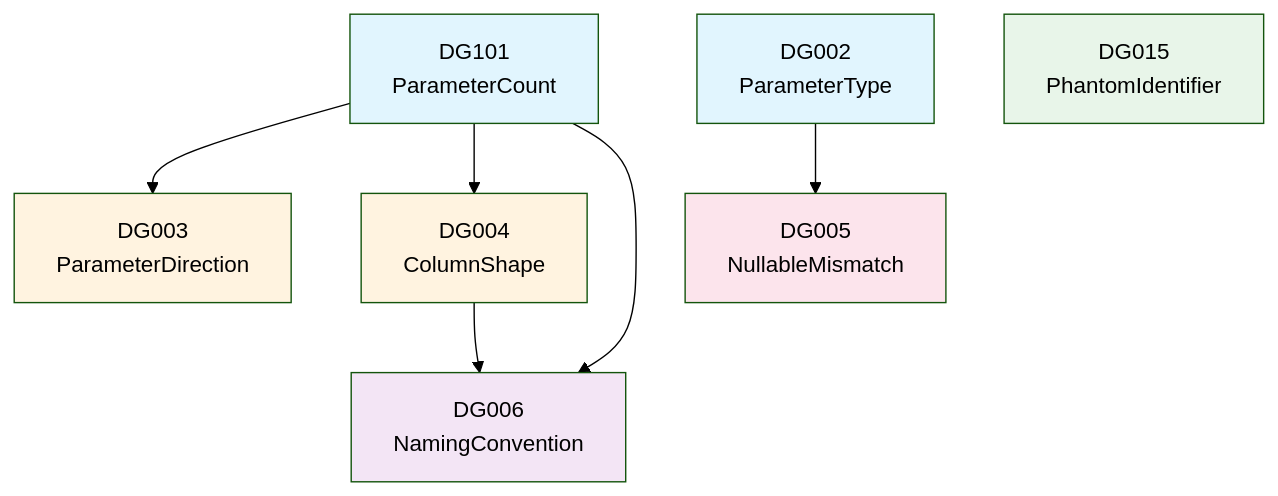
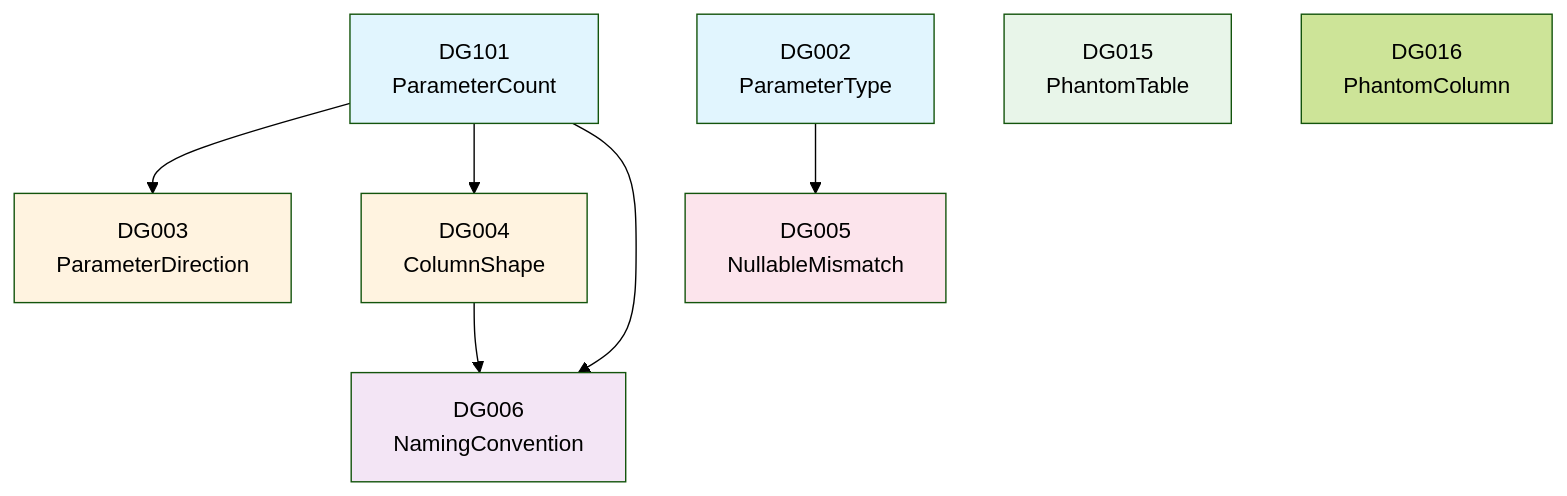
One commit to thanhnt-sm/eco_support_net_oracle changed the third of 3 diagrams in docs/03-components/core/rules-engine.vi.md. Above: the diagram before and after it, drawn with Mermaid (forest theme). The commit also changed other lines of this file and 408 other files, not shown here.

````diff
--- a/docs/03-components/core/rules-engine.vi.md
+++ b/docs/03-components/core/rules-engine.vi.md
@@ -173,17 +188,18 @@
 ```mermaid
 graph TD
     DG101[DG101<br/>ParameterCount] --> DG003[DG003<br/>ParameterDirection]
     DG101 --> DG004[DG004<br/>ColumnShape]
     DG002[DG002<br/>ParameterType] --> DG005[DG005<br/>NullableMismatch]
     DG101 --> DG006[DG006<br/>NamingConvention]
     DG004 --> DG006
-    DG015[DG015<br/>PhantomIdentifier]
+    DG015[DG015<br/>PhantomTable]
+    DG016[DG016<br/>PhantomColumn]
 
     style DG101 fill:#e1f5fe
     style DG002 fill:#e1f5fe
     style DG003 fill:#fff3e0
     style DG004 fill:#fff3e0
     style DG005 fill:#fce4ec
     style DG006 fill:#f3e5f5
     style DG015 fill:#e8f5e9
 ```
````
